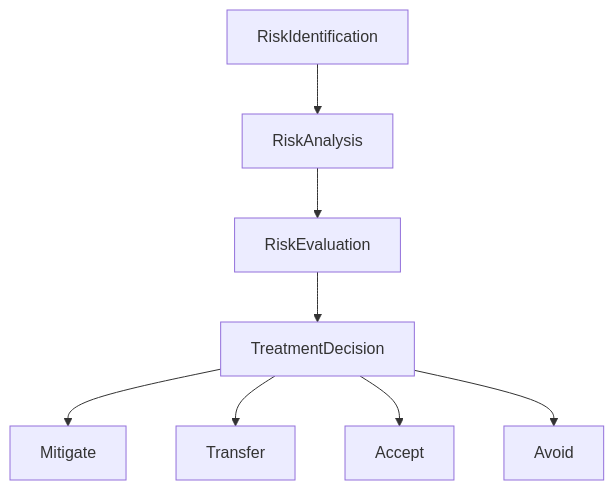
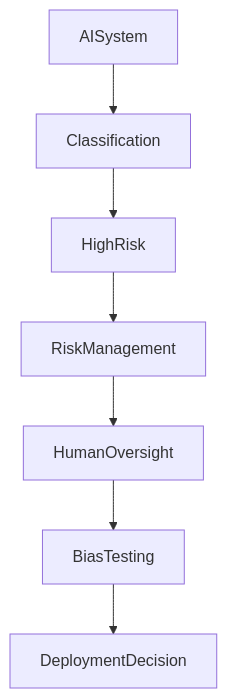
The diagram in 03-eu-ai-act-high-risk-assessment/templates/03-eu-ai-act-high-risk-assessment-completed.md (cryon-69/GRC-Portfolio), drawn with Mermaid before and after one commit.

````diff
--- a/03-eu-ai-act-high-risk-assessment/templates/03-eu-ai-act-high-risk-assessment-completed.md
+++ b/03-eu-ai-act-high-risk-assessment/templates/03-eu-ai-act-high-risk-assessment-completed.md
@@ -504,10 +504,9 @@
 ```mermaid
 flowchart TD
-    RiskIdentification --> RiskAnalysis
-    RiskAnalysis --> RiskEvaluation
-    RiskEvaluation --> TreatmentDecision
-    TreatmentDecision --> Mitigate
-    TreatmentDecision --> Transfer
-    TreatmentDecision --> Accept
-    TreatmentDecision --> Avoid
+    AISystem --> Classification
+    Classification --> HighRisk
+    HighRisk --> RiskManagement
+    RiskManagement --> HumanOversight
+    HumanOversight --> BiasTesting
+    BiasTesting --> DeploymentDecision
 ```
````
